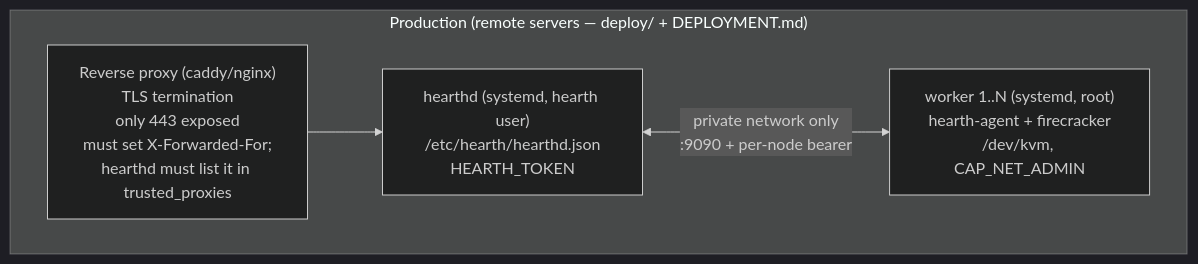
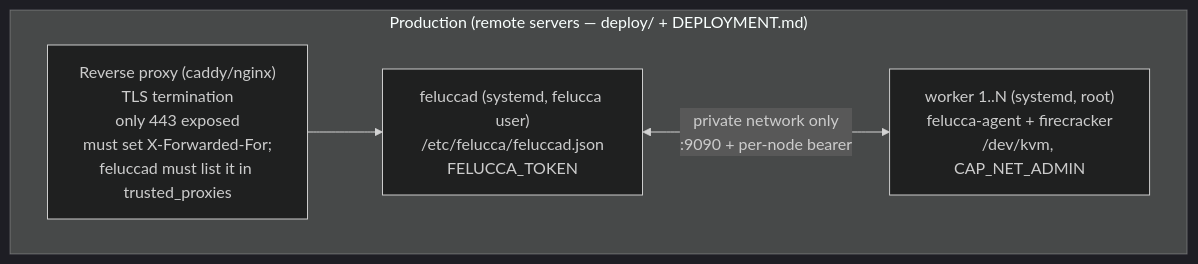
The second of 11 diagrams in docs/ARCHITECTURE.md (Sodoko-dev/felucca), drawn with Mermaid (dark theme) before and after one commit. The commit also changed other lines of this file and 192 other files, not shown here.

````diff
--- a/docs/ARCHITECTURE.md
+++ b/docs/ARCHITECTURE.md
@@ -137,11 +137,11 @@
 ```mermaid
 flowchart LR
     subgraph prod["Production (remote servers — deploy/ + DEPLOYMENT.md)"]
         direction LR
-        PROXY["Reverse proxy (caddy/nginx)<br/>TLS termination<br/>only 443 exposed<br/>must set X-Forwarded-For;<br/>hearthd must list it in trusted_proxies"]
-        HDP["hearthd (systemd, hearth user)<br/>/etc/hearth/hearthd.json<br/>HEARTH_TOKEN"]
-        W1["worker 1..N (systemd, root)<br/>hearth-agent + firecracker<br/>/dev/kvm, CAP_NET_ADMIN"]
+        PROXY["Reverse proxy (caddy/nginx)<br/>TLS termination<br/>only 443 exposed<br/>must set X-Forwarded-For;<br/>feluccad must list it in trusted_proxies"]
+        HDP["feluccad (systemd, felucca user)<br/>/etc/felucca/feluccad.json<br/>FELUCCA_TOKEN"]
+        W1["worker 1..N (systemd, root)<br/>felucca-agent + firecracker<br/>/dev/kvm, CAP_NET_ADMIN"]
         PROXY --> HDP
         HDP <-->|"private network only<br/>:9090 + per-node bearer"| W1
     end
 ```
````
